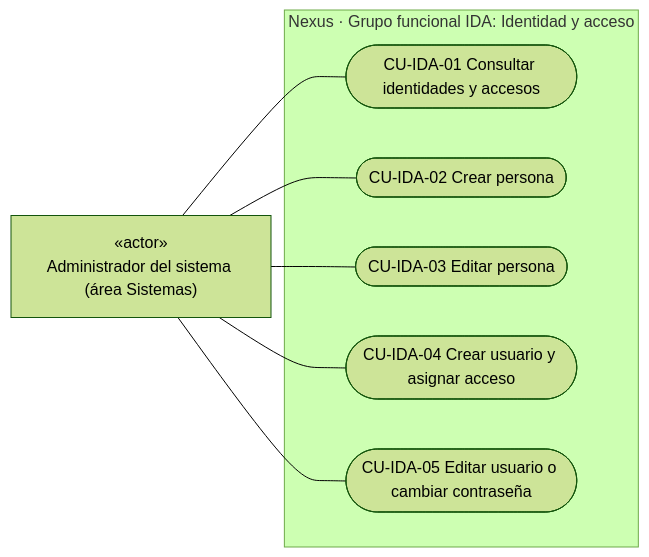
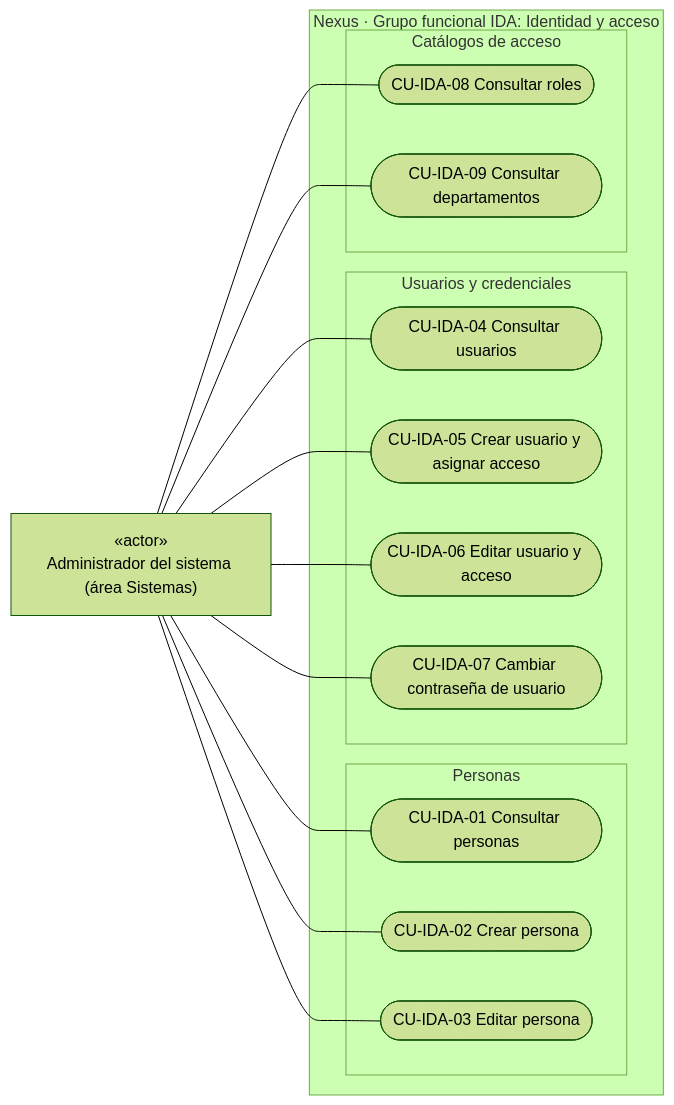
The second of 7 diagrams in docs/requirements/domain-and-use-cases.md (gpgsistemas01/nexus), drawn with Mermaid (forest theme) before and after one commit. The commit also changed other lines of this file and 5 other files, not shown here.

````diff
--- a/docs/requirements/domain-and-use-cases.md
+++ b/docs/requirements/domain-and-use-cases.md
@@ -81,18 +91,32 @@
 ```mermaid
 flowchart LR
     admin["«actor»<br/>Administrador del sistema (área Sistemas)"]
 
     subgraph identityPackage["Nexus · Grupo funcional IDA: Identidad y acceso"]
-        ucIdentityQuery(["CU-IDA-01 Consultar identidades y accesos"])
-        ucPersonCreate(["CU-IDA-02 Crear persona"])
-        ucPersonEdit(["CU-IDA-03 Editar persona"])
-        ucUserCreate(["CU-IDA-04 Crear usuario y asignar acceso"])
-        ucUserEdit(["CU-IDA-05 Editar usuario o cambiar contraseña"])
+        subgraph personFamily["Personas"]
+            ucPersonQuery(["CU-IDA-01 Consultar personas"])
+            ucPersonCreate(["CU-IDA-02 Crear persona"])
+            ucPersonEdit(["CU-IDA-03 Editar persona"])
+        end
+        subgraph userFamily["Usuarios y credenciales"]
+            ucUserQuery(["CU-IDA-04 Consultar usuarios"])
+            ucUserCreate(["CU-IDA-05 Crear usuario y asignar acceso"])
+            ucUserEdit(["CU-IDA-06 Editar usuario y acceso"])
+            ucPasswordEdit(["CU-IDA-07 Cambiar contraseña de usuario"])
+        end
+        subgraph accessCatalogFamily["Catálogos de acceso"]
+            ucRoleQuery(["CU-IDA-08 Consultar roles"])
+            ucDepartmentQuery(["CU-IDA-09 Consultar departamentos"])
+        end
     end
 
-    admin --- ucIdentityQuery
+    admin --- ucPersonQuery
     admin --- ucPersonCreate
     admin --- ucPersonEdit
+    admin --- ucUserQuery
     admin --- ucUserCreate
     admin --- ucUserEdit
+    admin --- ucPasswordEdit
+    admin --- ucRoleQuery
+    admin --- ucDepartmentQuery
 ```
````
